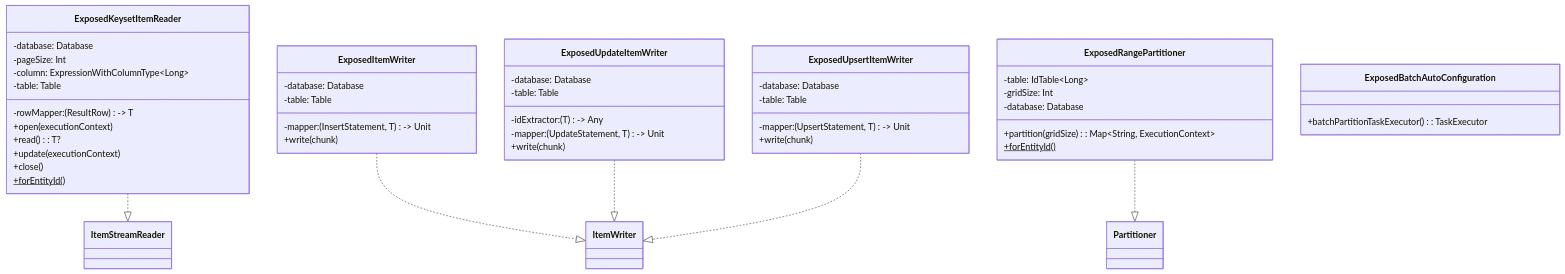
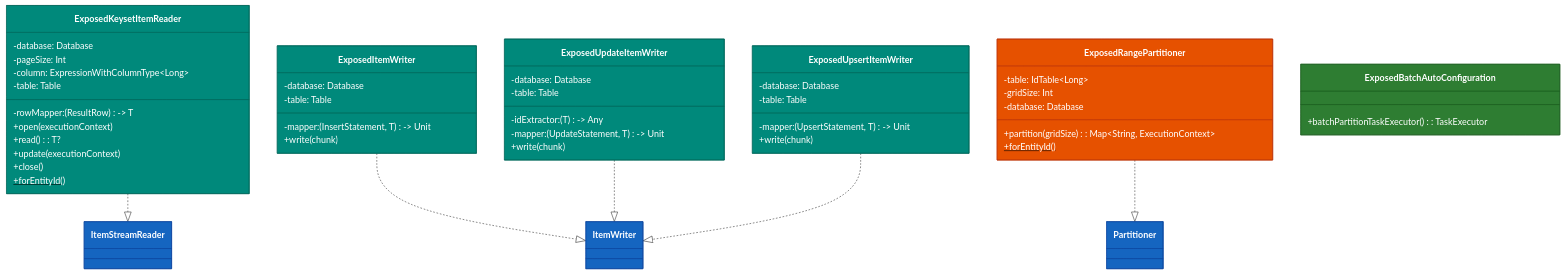
The first of 3 diagrams in spring-boot3/batch-exposed/README.md (bluetape4k/bluetape4k-projects), drawn with Mermaid before and after one commit. The commit also changed other lines of this file and 221 other files, not shown here.

First line of the commit message:
docs: 전체 모듈 README UML 다이어그램 보강 및 색상 업그레이드

````diff
--- a/spring-boot3/batch-exposed/README.md
+++ b/spring-boot3/batch-exposed/README.md
@@ -13,50 +13,60 @@
 ```mermaid
 classDiagram
     class ExposedKeysetItemReader {
         -database: Database
         -pageSize: Int
         -column: ExpressionWithColumnType~Long~
         -table: Table
         -rowMapper: (ResultRow) -> T
         +open(executionContext)
         +read(): T?
         +update(executionContext)
         +close()
         +forEntityId()$
     }
     class ExposedItemWriter {
         -database: Database
         -table: Table
         -mapper: (InsertStatement, T) -> Unit
         +write(chunk)
     }
     class ExposedUpdateItemWriter {
         -database: Database
         -table: Table
         -idExtractor: (T) -> Any
         -mapper: (UpdateStatement, T) -> Unit
         +write(chunk)
     }
     class ExposedUpsertItemWriter {
         -database: Database
         -table: Table
         -mapper: (UpsertStatement, T) -> Unit
         +write(chunk)
     }
     class ExposedRangePartitioner {
         -table: IdTable~Long~
         -gridSize: Int
         -database: Database
         +partition(gridSize): Map~String, ExecutionContext~
         +forEntityId()$
     }
     class ExposedBatchAutoConfiguration {
         +batchPartitionTaskExecutor(): TaskExecutor
     }
 
     ExposedKeysetItemReader ..|> ItemStreamReader
     ExposedItemWriter ..|> ItemWriter
     ExposedUpdateItemWriter ..|> ItemWriter
     ExposedUpsertItemWriter ..|> ItemWriter
     ExposedRangePartitioner ..|> Partitioner
+
+    style ExposedKeysetItemReader fill:#00897B,stroke:#00695C,color:#FFFFFF
+    style ExposedItemWriter fill:#00897B,stroke:#00695C,color:#FFFFFF
+    style ExposedUpdateItemWriter fill:#00897B,stroke:#00695C,color:#FFFFFF
+    style ExposedUpsertItemWriter fill:#00897B,stroke:#00695C,color:#FFFFFF
+    style ExposedRangePartitioner fill:#E65100,stroke:#BF360C,color:#FFFFFF
+    style ExposedBatchAutoConfiguration fill:#2E7D32,stroke:#1B5E20,color:#FFFFFF
+    style ItemStreamReader fill:#1565C0,stroke:#0D47A1,color:#FFFFFF
+    style ItemWriter fill:#1565C0,stroke:#0D47A1,color:#FFFFFF
+    style Partitioner fill:#1565C0,stroke:#0D47A1,color:#FFFFFF
 ```
````
